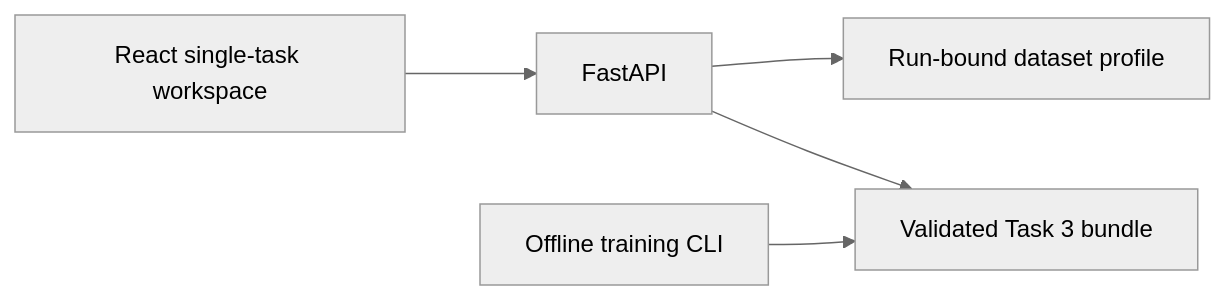
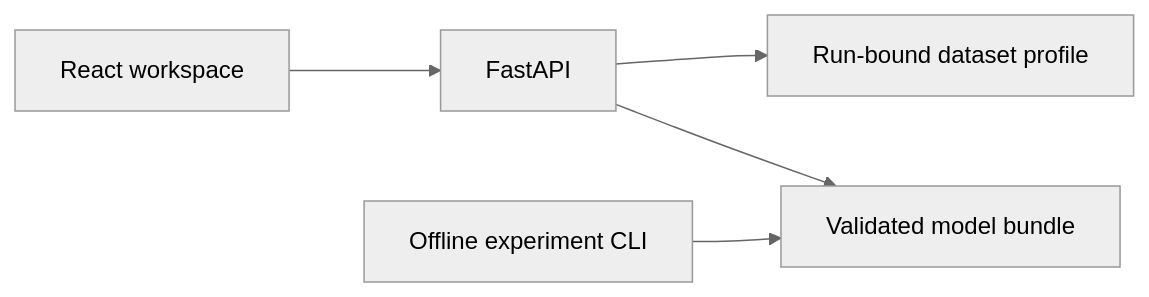
One commit to ShafwanAdhi/netflix-audience-ratings changed the diagram in docs/ARCHITECTURE.md. Above: the diagram before and after it, drawn with Mermaid (neutral theme). The commit also changed other lines of this file and 102 other files, not shown here.

````diff
--- a/docs/ARCHITECTURE.md
+++ b/docs/ARCHITECTURE.md
@@ -3,7 +3,7 @@
 ```mermaid
 flowchart LR
-    UI[React single-task workspace] --> API[FastAPI]
+    UI[React workspace] --> API[FastAPI]
     API --> D[Run-bound dataset profile]
-    API --> B[Validated Task 3 bundle]
-    CLI[Offline training CLI] --> B
+    API --> B[Validated model bundle]
+    CLI[Offline experiment CLI] --> B
 ```
````
